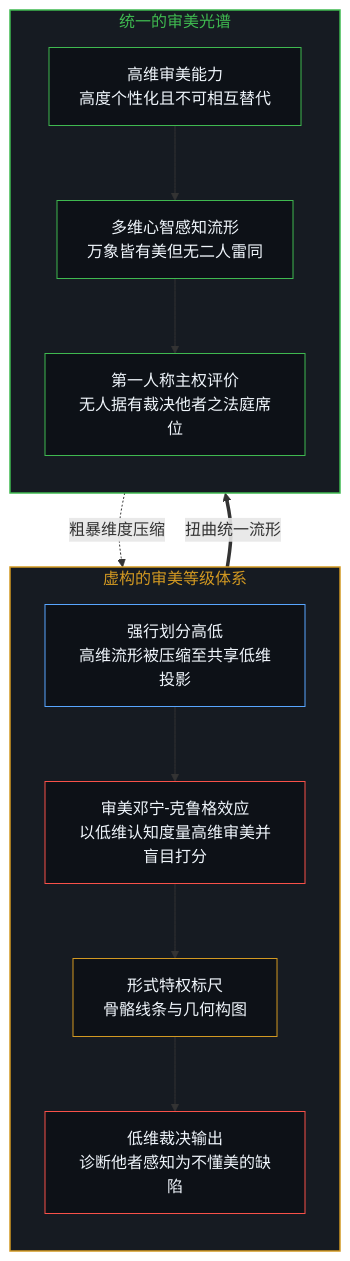
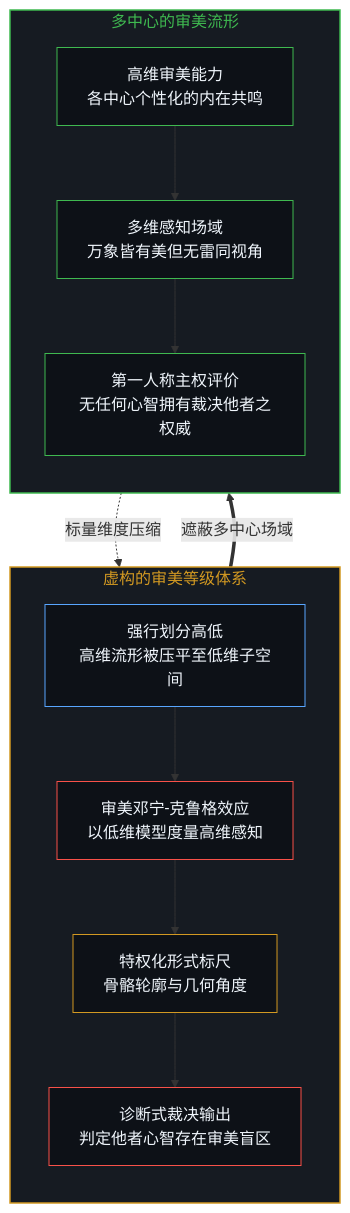
The third of 8 diagrams in content/posts/the-self-portrait-in-the-projection.md (powerpig99/not-a-toe), drawn with Mermaid before and after one commit. The commit also changed other lines of this file and 7 other files, not shown here.

````diff
--- a/content/posts/the-self-portrait-in-the-projection.md
+++ b/content/posts/the-self-portrait-in-the-projection.md
@@ -79,31 +79,31 @@
 ```mermaid
 flowchart TD
   subgraph S_HIER["虚构的审美等级体系"]
     direction TB
-    H_PROJ["强行划分高低<br/>高维流形被压缩至共享低维投影"]
-    H_DK["审美邓宁-克鲁格效应<br/>以低维认知度量高维审美并盲目打分"]
-    H_HIGH["形式特权标尺<br/>骨骼线条与几何构图"]
-    H_STIGMA["低维裁决输出<br/>诊断他者感知为不懂美的缺陷"]
+    H_PROJ["强行划分高低<br/>高维流形被压平至低维子空间"]
+    H_DK["审美邓宁-克鲁格效应<br/>以低维模型度量高维感知"]
+    H_HIGH["特权化形式标尺<br/>骨骼轮廓与几何角度"]
+    H_STIGMA["诊断式裁决输出<br/>判定他者心智存在审美盲区"]
   end
-  subgraph S_LOCUS["统一的审美光谱"]
+  subgraph S_LOCUS["多中心的审美流形"]
     direction TB
-    L_HIGH["高维审美能力<br/>高度个性化且不可相互替代"]
-    L_FIELD["多维心智感知流形<br/>万象皆有美但无二人雷同"]
-    L_SOV["第一人称主权评价<br/>无人据有裁决他者之法庭席位"]
+    L_HIGH["高维审美能力<br/>各中心个性化的内在共鸣"]
+    L_FIELD["多维感知场域<br/>万象皆有美但无雷同视角"]
+    L_SOV["第一人称主权评价<br/>无任何心智拥有裁决他者之权威"]
   end
-  L_HIGH -.->|"粗暴维度压缩"| H_PROJ
+  L_HIGH -.->|"标量维度压缩"| H_PROJ
   H_PROJ --> H_DK
   H_DK --> H_HIGH
   H_HIGH --> H_STIGMA
   L_HIGH --> L_FIELD --> L_SOV
-  H_STIGMA ==>|"扭曲统一流形"| L_FIELD
+  H_STIGMA ==>|"遮蔽多中心场域"| L_FIELD
   style S_HIER fill:#161b22,stroke:#d29922,stroke-width:1.5px,color:#d29922
   style S_LOCUS fill:#161b22,stroke:#3fb950,stroke-width:1.5px,color:#3fb950
   style H_PROJ fill:#0d1117,stroke:#58a6ff,stroke-width:1px,color:#f0f6fc
   style H_DK fill:#0d1117,stroke:#f85149,stroke-width:1px,color:#f0f6fc
   style H_HIGH fill:#0d1117,stroke:#d29922,stroke-width:1px,color:#f0f6fc
   style H_STIGMA fill:#0d1117,stroke:#f85149,stroke-width:1px,color:#f0f6fc
   style L_HIGH fill:#0d1117,stroke:#3fb950,stroke-width:1px,color:#f0f6fc
   style L_FIELD fill:#0d1117,stroke:#3fb950,stroke-width:1px,color:#f0f6fc
   style L_SOV fill:#0d1117,stroke:#3fb950,stroke-width:1px,color:#f0f6fc
 ```
````
